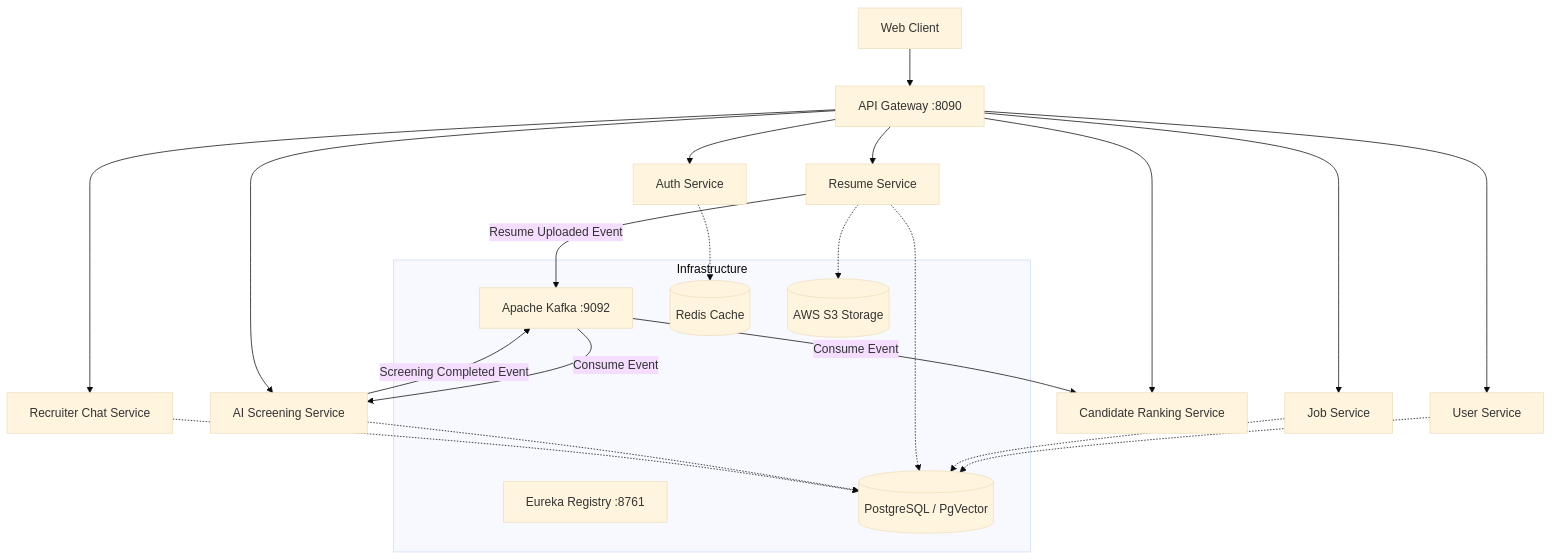
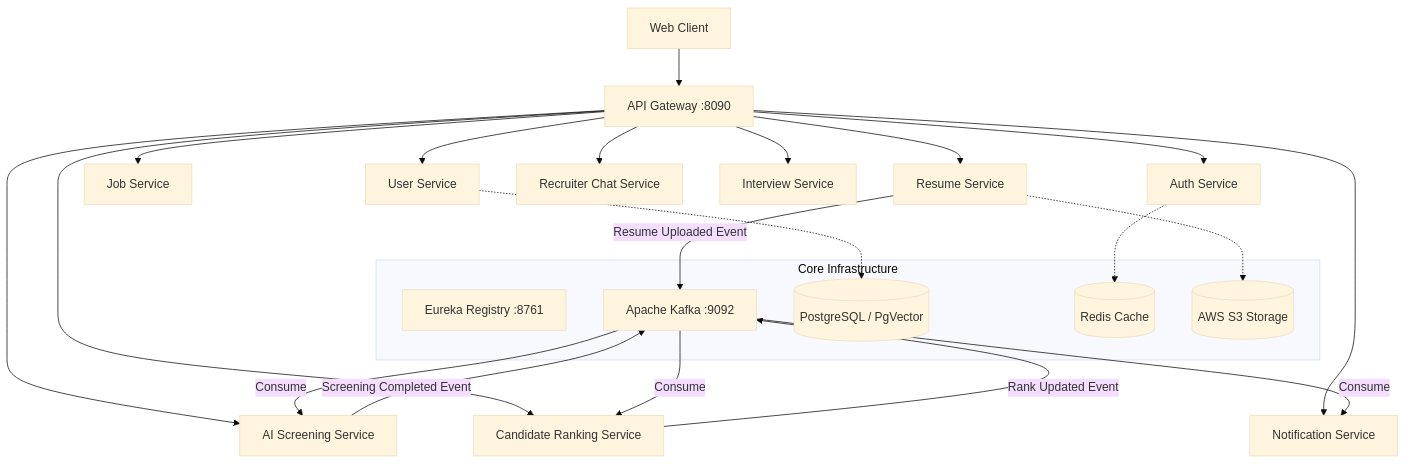
Before and after one commit to Priyanshujaiswal1024/AI-Screening-Distributed-System: the first of 2 diagrams in README.md, drawn with Mermaid (base theme). The commit also changed other lines of this file, not shown here.

````diff
--- a/README.md
+++ b/README.md
@@ -25,34 +46,34 @@
 ```mermaid
 graph TD
     Client[Web Client] --> Gateway[API Gateway :8090]
     
-    subgraph Infrastructure
+    subgraph Core Infrastructure
         Eureka[Eureka Registry :8761]
         Kafka[Apache Kafka :9092]
         DB[(PostgreSQL / PgVector)]
         Redis[(Redis Cache)]
         S3[(AWS S3 Storage)]
     end
     
     Gateway --> Auth[Auth Service]
     Gateway --> User[User Service]
     Gateway --> Job[Job Service]
     Gateway --> Resume[Resume Service]
     Gateway --> AI[AI Screening Service]
+    Gateway --> Rank[Candidate Ranking Service]
     Gateway --> Chat[Recruiter Chat Service]
-    Gateway --> Rank[Candidate Ranking Service]
+    Gateway --> Interview[Interview Service]
+    Gateway --> Notif[Notification Service]
     
     Auth -.-> Redis
     User -.-> DB
-    Job -.-> DB
-    Resume -.-> DB
     Resume -.-> S3
     
+    %% Saga Event Flow
     Resume -- "Resume Uploaded Event" --> Kafka
-    Kafka -- "Consume Event" --> AI
+    Kafka -- "Consume" --> AI
     AI -- "Screening Completed Event" --> Kafka
-    Kafka -- "Consume Event" --> Rank
-    
-    AI -.-> DB
-    Chat -.-> DB
+    Kafka -- "Consume" --> Rank
+    Rank -- "Rank Updated Event" --> Kafka
+    Kafka -- "Consume" --> Notif
 ```
````
